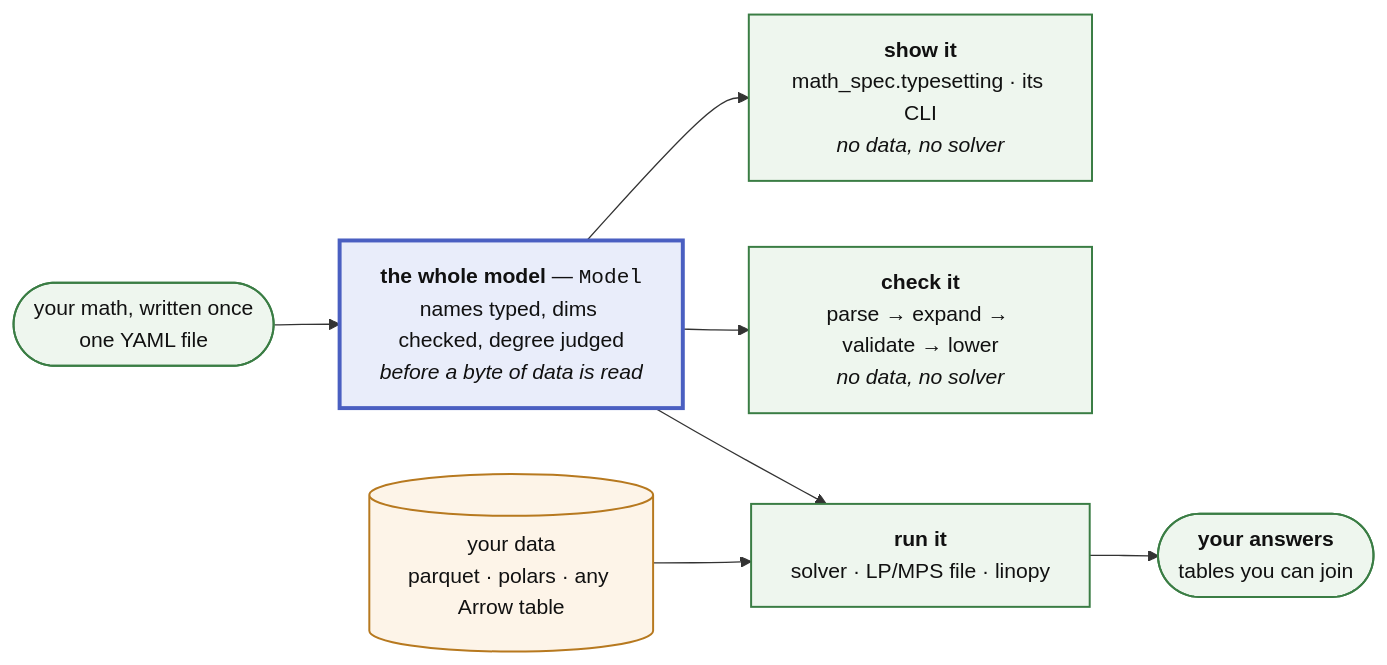
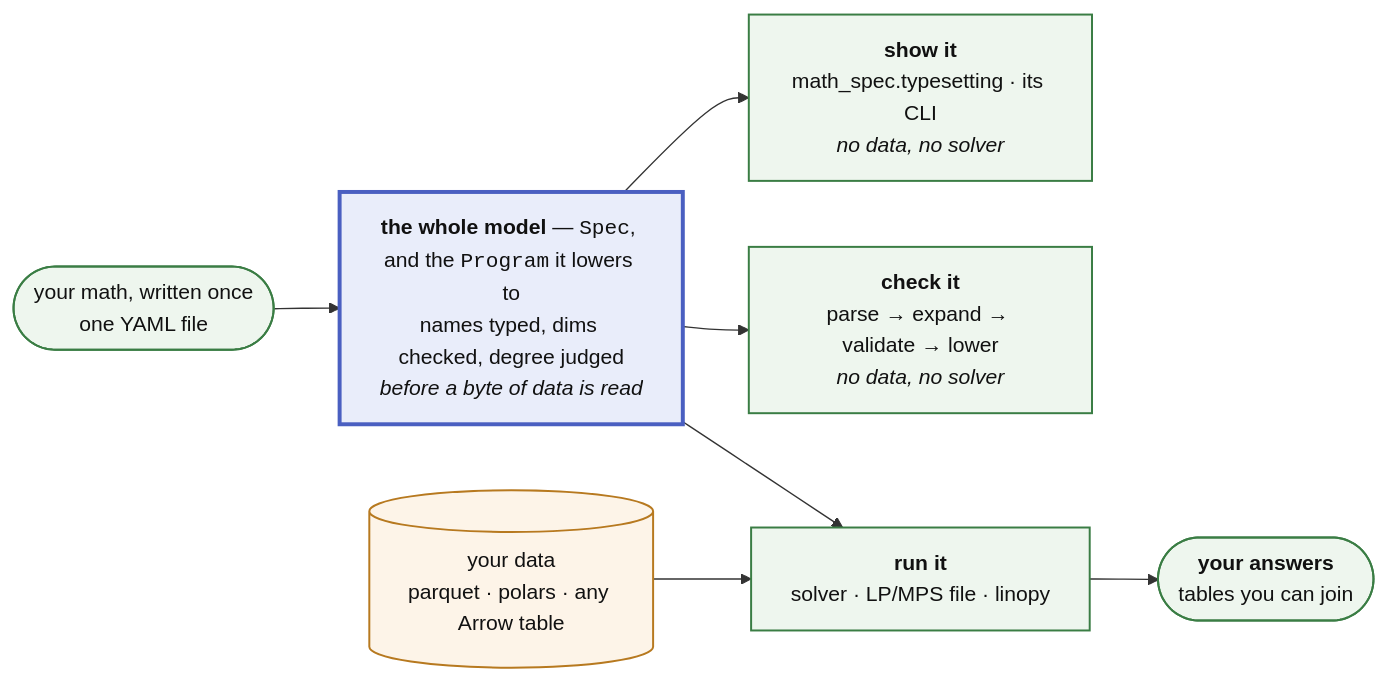
The second of 2 diagrams in docs/about/architecture.md (FBumann/linopy-yaml), drawn with Mermaid before and after one commit. The commit also changed other lines of this file and 20 other files, not shown here.

````diff
--- a/docs/about/architecture.md
+++ b/docs/about/architecture.md
@@ -177,16 +173,16 @@
 ```mermaid
 flowchart LR
     Y(["your math, written once<br/>one YAML file"]) --> AST
-    AST["<b>the whole model</b> — <code>Model</code><br/>names typed, dims checked, degree judged<br/><i>before a byte of data is read</i>"]
+    AST["<b>the whole model</b> — <code>Spec</code>, and the <code>Program</code> it lowers to<br/>names typed, dims checked, degree judged<br/><i>before a byte of data is read</i>"]
     AST --> SHOW["<b>show it</b><br/>math_spec.typesetting · its CLI<br/><i>no data, no solver</i>"]
     AST --> CHECK["<b>check it</b><br/>parse → expand → validate → lower<br/><i>no data, no solver</i>"]
     AST --> RUN["<b>run it</b><br/>solver · LP/MPS file · linopy"]
     DATA[("your data<br/>parquet · polars · any Arrow table")] --> RUN
     RUN --> ANS(["<b>your answers</b><br/>tables you can join"])
     classDef built fill:#eef6ee,stroke:#3a7d44,stroke-width:1.5px,color:#111
     classDef waist fill:#e9edfa,stroke:#4a5fc1,stroke-width:3px,color:#111
     classDef data fill:#fdf4e8,stroke:#b7791f,stroke-width:1.5px,color:#111
     class Y,SHOW,CHECK,RUN,ANS built
     class AST waist
     class DATA data
 ```
````
